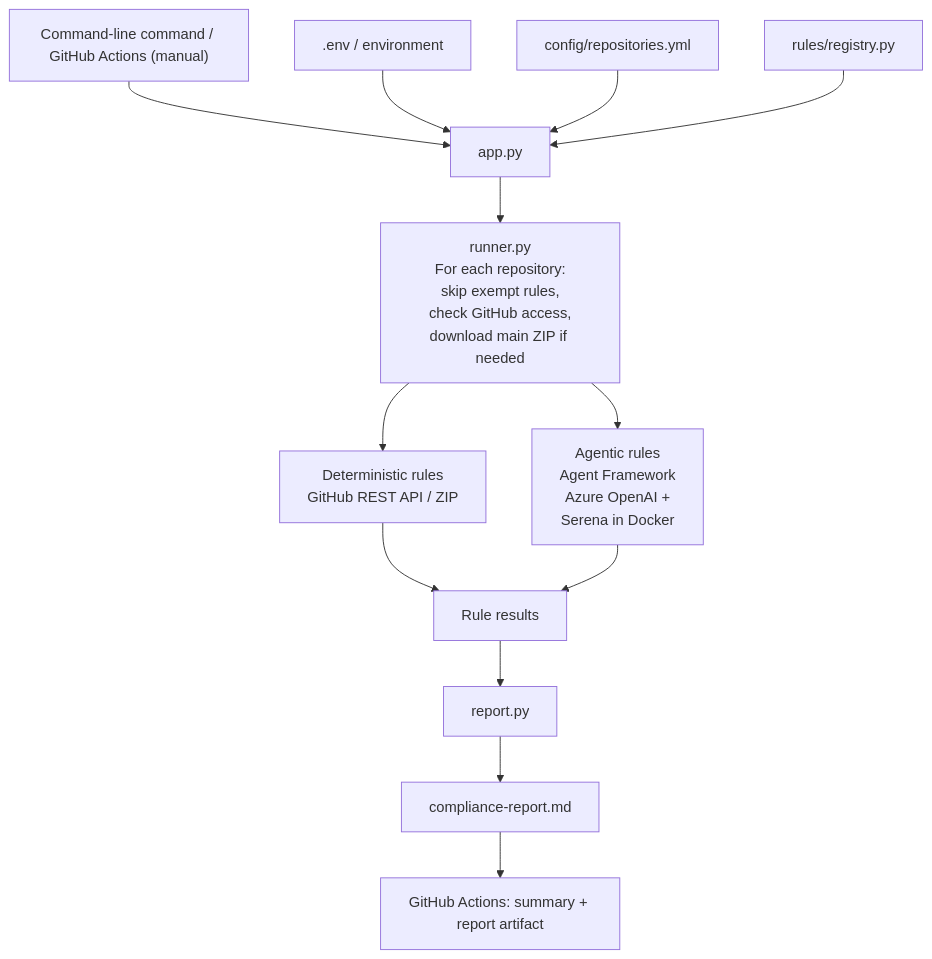
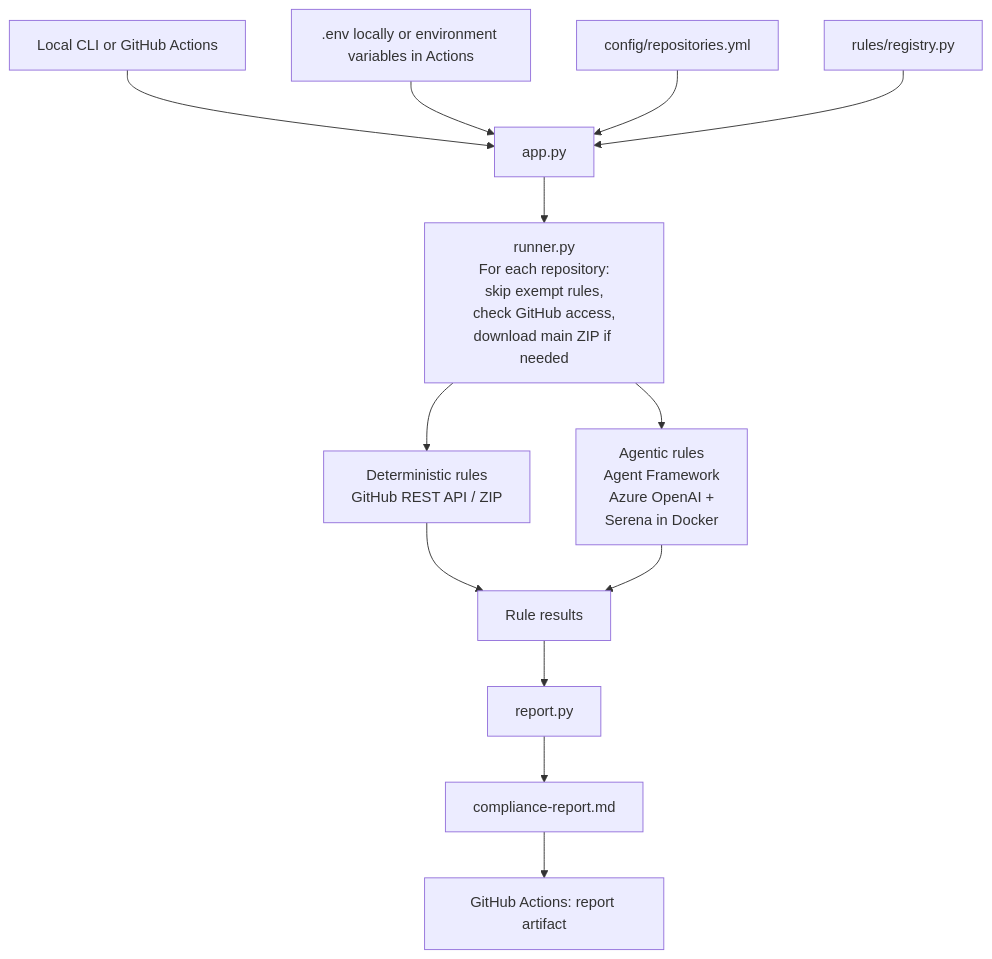
One commit to pete-mcg/repo-compliance changed the diagram in docs/architecture.md. Above: the diagram before and after it, drawn with Mermaid.

Commit message:
docs: architecutre update

````diff
--- a/docs/architecture.md
+++ b/docs/architecture.md
@@ -5,15 +5,15 @@
 ```mermaid
 flowchart TD
-    command["Command-line command / GitHub Actions (manual)"] --> app[app.py]
-    environment[.env / environment] --> app
+    command["Local CLI or GitHub Actions"] --> app[app.py]
+    environment[.env locally or environment variables in Actions] --> app
     repositories[config/repositories.yml] --> app
     registry[rules/registry.py] --> app
     app --> runner[runner.py<br/>For each repository:<br/>skip exempt rules,<br/>check GitHub access,<br/>download main ZIP if needed]
     runner --> deterministic[Deterministic rules<br/>GitHub REST API / ZIP]
     runner --> agentic[Agentic rules<br/>Agent Framework<br/>Azure OpenAI +<br/>Serena in Docker]
     deterministic --> results[Rule results]
     agentic --> results
     results --> report[report.py]
     report --> write[compliance-report.md]
-    write --> actions[GitHub Actions: summary + report artifact]
+    write --> actions[GitHub Actions: report artifact]
 ```
````
